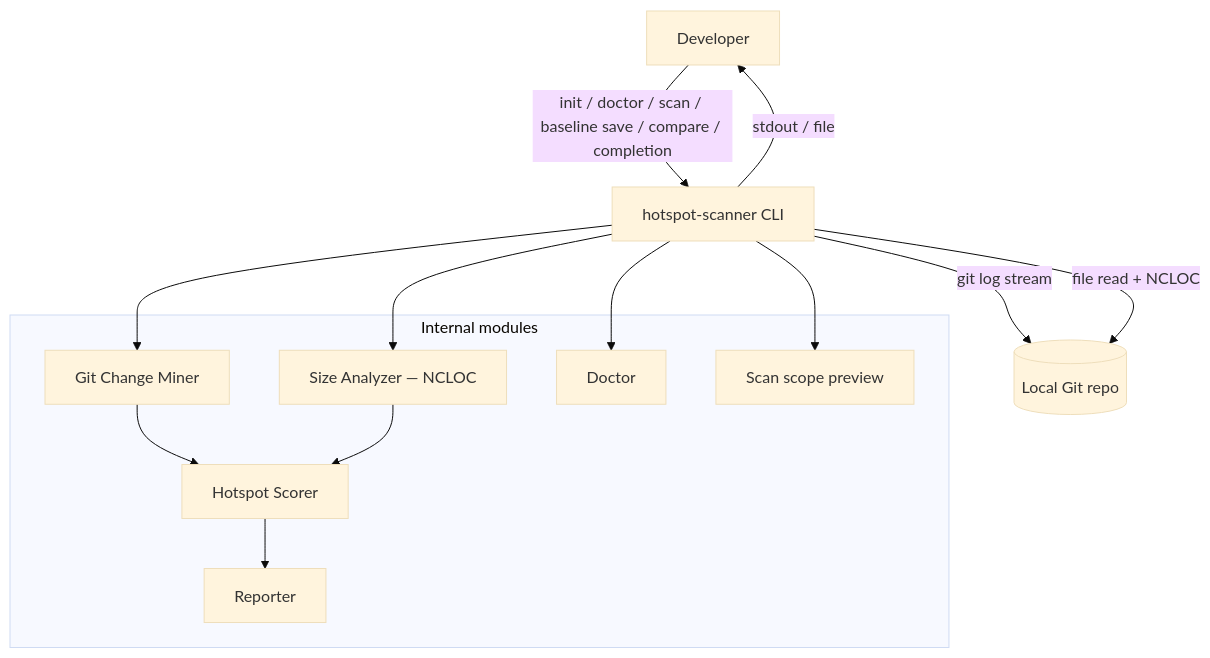
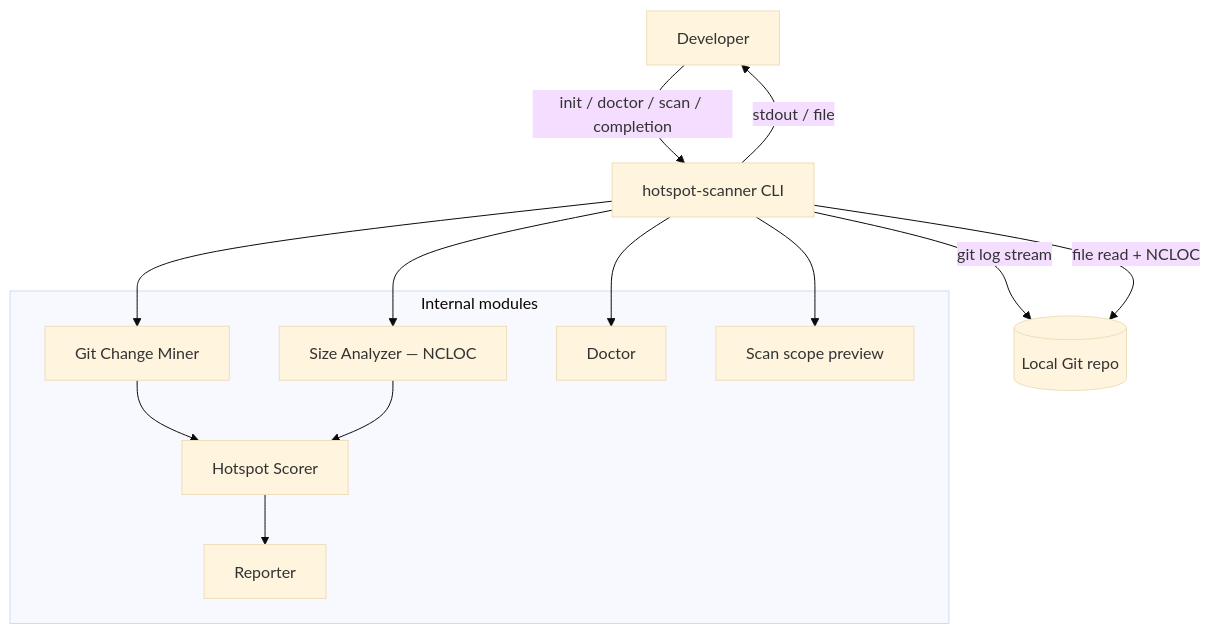
The first of 2 diagrams in .specs/codebase/ARCHITECTURE.md (AlanTaranti/hotspot-scanner), drawn with Mermaid (base theme) before and after one commit. The commit also changed other lines of this file and 68 other files, not shown here.

First line of the commit message:
feat(m71)!: remove compare and baseline (scan-only)

````diff
--- a/.specs/codebase/ARCHITECTURE.md
+++ b/.specs/codebase/ARCHITECTURE.md
@@ -5,28 +5,28 @@
 ```mermaid
 flowchart TB
   Dev[Developer]
   CLI[hotspot-scanner CLI]
   Repo[(Local Git repo)]
 
-  Dev -->|"init / doctor / scan / baseline save / compare / completion"| CLI
+  Dev -->|"init / doctor / scan / completion"| CLI
   CLI -->|"git log stream"| Repo
   CLI -->|"file read + NCLOC"| Repo
   CLI -->|"stdout / file"| Dev
 
   subgraph internal [Internal modules]
     GitMiner[Git Change Miner]
     Size[Size Analyzer — NCLOC]
     Hotspot[Hotspot Scorer]
     Reporter[Reporter]
     Doctor[Doctor]
     ScanPreview[Scan scope preview]
   end
 
   CLI --> Doctor
   CLI --> ScanPreview
   CLI --> GitMiner
   CLI --> Size
   GitMiner --> Hotspot
   Size --> Hotspot
   Hotspot --> Reporter
 ```
````
